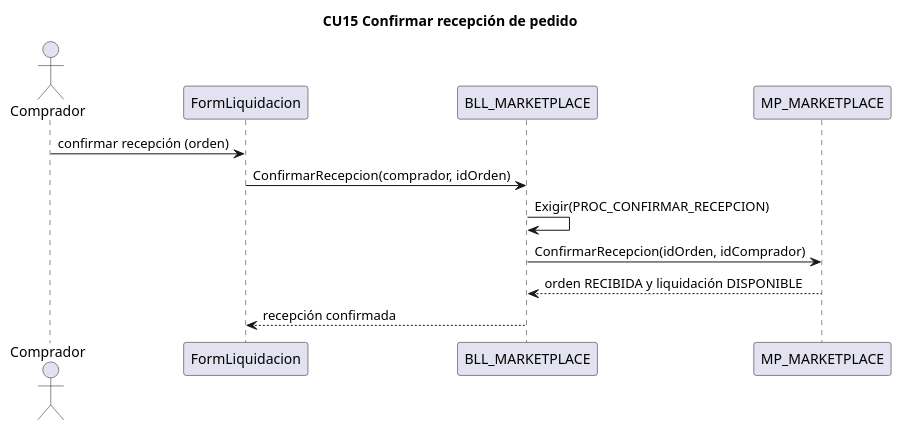
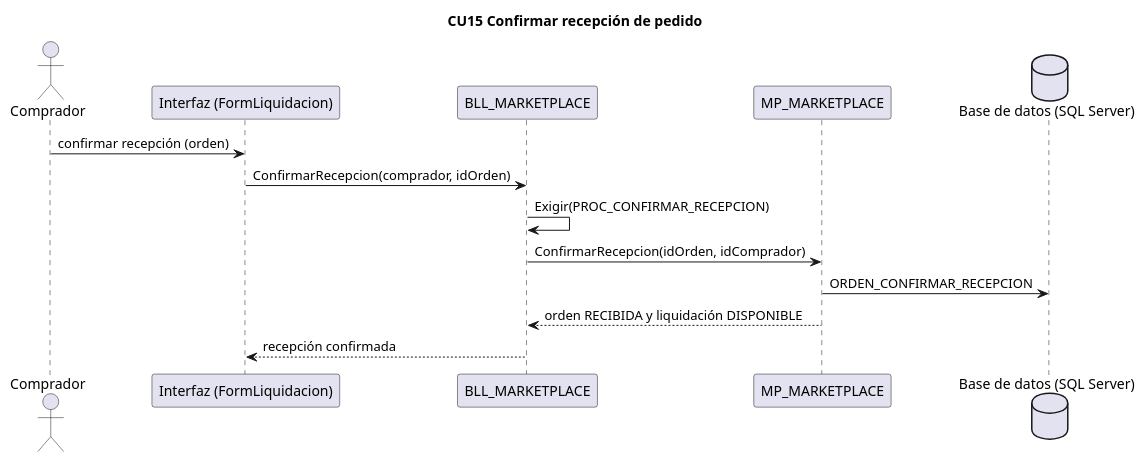
One commit to L-Muniz/uai-diploma_2026 changed the diagram in docs/diagramas/secuencias/CU15_confirmar_recepcion.puml. Above: the diagram before and after it, drawn with PlantUML. The commit also changed 36 other files, not shown here.

Commit message:
Docs: secuencias con capa de interfaz y base de datos; imágenes del Word limitadas a la hoja

```diff
--- a/docs/diagramas/secuencias/CU15_confirmar_recepcion.puml
+++ b/docs/diagramas/secuencias/CU15_confirmar_recepcion.puml
@@ -1,13 +1,15 @@
 @startuml CU15
 title CU15 Confirmar recepción de pedido
 actor Comprador
-participant "FormLiquidacion" as IU
+participant "Interfaz (FormLiquidacion)" as IU
 participant "BLL_MARKETPLACE" as BLL
 participant "MP_MARKETPLACE" as DAL
+database "Base de datos (SQL Server)" as BD
 Comprador -> IU : confirmar recepción (orden)
 IU -> BLL : ConfirmarRecepcion(comprador, idOrden)
 BLL -> BLL : Exigir(PROC_CONFIRMAR_RECEPCION)
 BLL -> DAL : ConfirmarRecepcion(idOrden, idComprador)
+DAL -> BD : ORDEN_CONFIRMAR_RECEPCION
 DAL --> BLL : orden RECIBIDA y liquidación DISPONIBLE
 BLL --> IU : recepción confirmada
 @enduml
```
